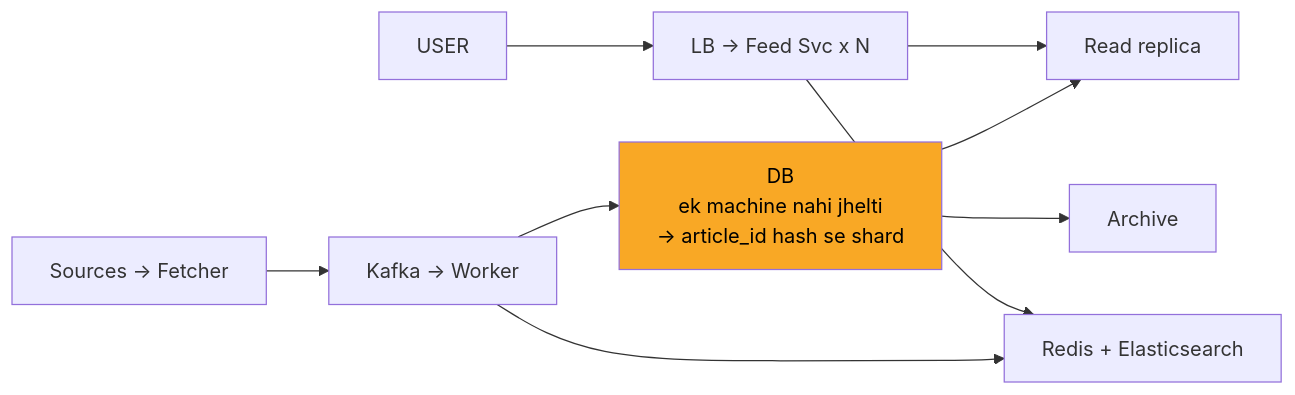
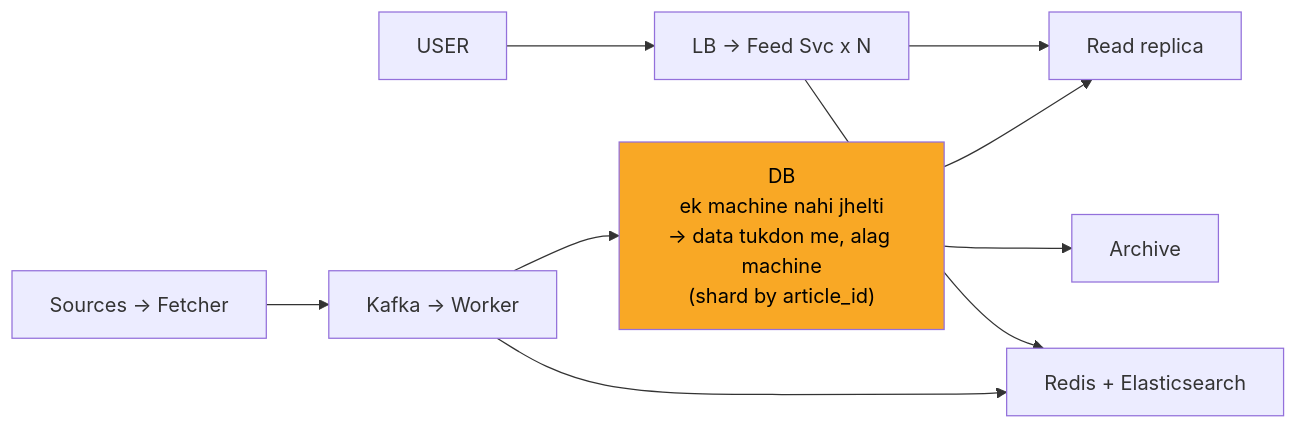
Before and after one commit to ArpanMaheshwari144/Prep: the tenth of 11 diagrams in 04_HLD/SYSTEM_DESIGNS/08_news_aggregator/08_news_aggregator_INTERVIEW.md, drawn with Mermaid. The commit also changed other lines of this file and 13 other files, not shown here.

````diff
--- a/04_HLD/SYSTEM_DESIGNS/08_news_aggregator/08_news_aggregator_INTERVIEW.md
+++ b/04_HLD/SYSTEM_DESIGNS/08_news_aggregator/08_news_aggregator_INTERVIEW.md
@@ -352,20 +352,20 @@
 ```mermaid
 flowchart LR
     n_USER["USER"]
     n_LF["LB -> Feed Svc x N"]
     n_RES["Redis + Elasticsearch"]
     n_Read_replica["Read replica"]
-    n_DB["DB<br/>ek machine nahi jhelti<br/>-> article_id hash se shard"]
+    n_DB["DB<br/>ek machine nahi jhelti<br/>-> data tukdon me, alag machine<br/>(shard by article_id)"]
     n_Archive["Archive"]
     n_KW["Kafka -> Worker"]
     n_SF["Sources -> Fetcher"]
     n_USER --> n_LF
     n_LF --> n_RES
     n_LF --> n_Read_replica
     n_DB --> n_Read_replica
     n_DB --> n_Archive
     n_KW --> n_DB
     n_KW --> n_RES
     n_SF --> n_KW
     style n_DB fill:#f9a825,color:#000
 ```
````
